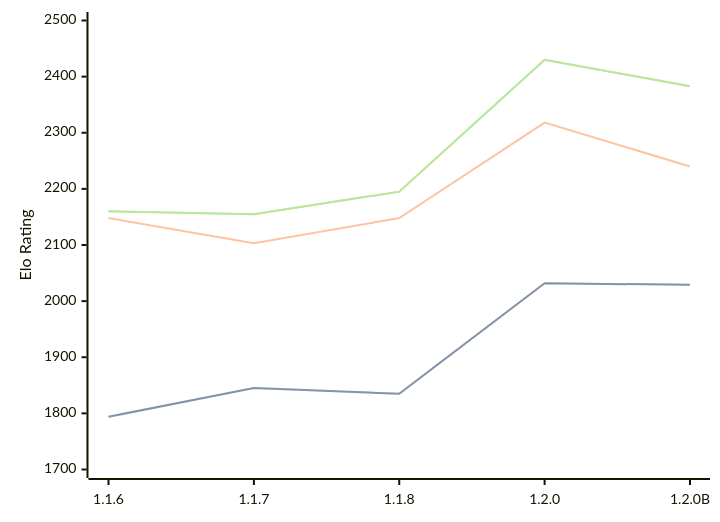
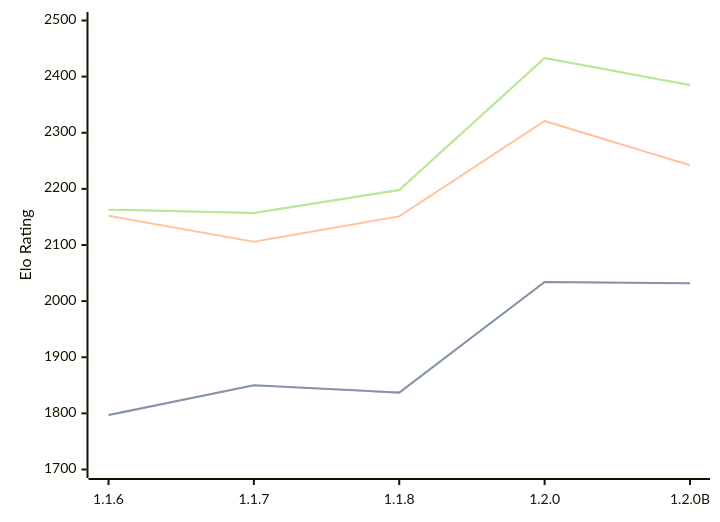
The diagram in engines/Soomi.md (computer-chess-index/cci), drawn with Mermaid before and after one commit. The commit also changed other lines of this file, not shown here.

Commit message:
Update CCI Ratings (ELO VLTC) - 2026-09-24

````diff
--- a/engines/Soomi.md
+++ b/engines/Soomi.md
@@ -35,11 +35,11 @@
 ```mermaid
 %%{init: {"theme":"base","themeVariables":{"seriesColors:['#a3a3a3','#222221','#faa371']}}}%%
 xychart-beta
   x-axis ["1.1.6", "1.1.7", "1.1.8", "1.2.0", "1.2.0B"]
   y-axis "Elo Rating" 1700 --> 2500
-  line "" [1794, 1845, 1835, 2032, 2029]
-  line "STC (8.0+0.08s)" [1794, 1845, 1835, 2032, 2029]
-  line "LTC (60.0+0.60s)" [2148, 2103, 2148, 2318, 2240]
-  line "" [2160, 2155, 2195, 2430, 2383]
-  line "VLTC (2m24s+1.12s)" [2160, 2155, 2195, 2430, 2383]
+  line "" [1797, 1850, 1837, 2034, 2032]
+  line "STC (8.0+0.08s)" [1797, 1850, 1837, 2034, 2032]
+  line "LTC (60.0+0.60s)" [2152, 2106, 2151, 2321, 2242]
+  line "" [2163, 2157, 2198, 2433, 2385]
+  line "VLTC (2m24s+1.12s)" [2163, 2157, 2198, 2433, 2385]
 ```
````
